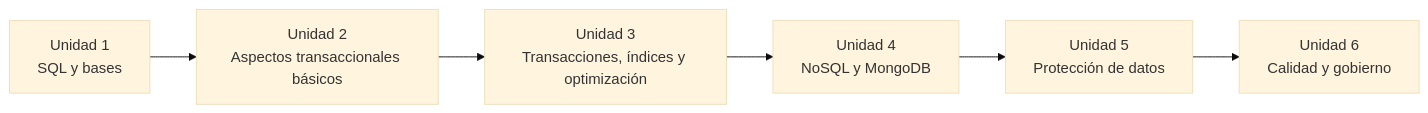
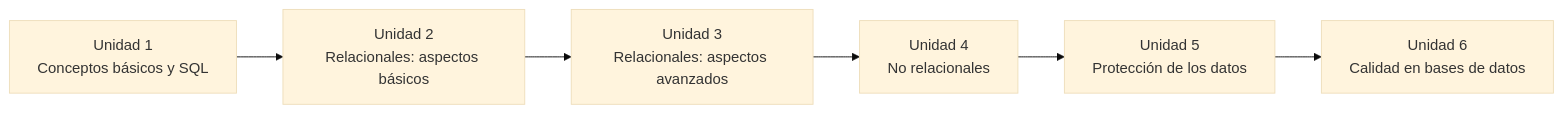
The diagram in src/content/docs/bbdd-aplicadas/index.md (unlam-informatica/unlam-informatica.github.io), drawn with Mermaid (base theme) before and after one commit. The commit also changed other lines of this file and 100 other files, not shown here.

````diff
--- a/src/content/docs/bbdd-aplicadas/index.md
+++ b/src/content/docs/bbdd-aplicadas/index.md
@@ -38,8 +39,8 @@
 ```mermaid
 flowchart LR
-    U1["Unidad 1<br/>SQL y bases"] --> U2["Unidad 2<br/>Aspectos transaccionales básicos"]
-    U2 --> U3["Unidad 3<br/>Transacciones, índices y optimización"]
-    U3 --> U4["Unidad 4<br/>NoSQL y MongoDB"]
-    U4 --> U5["Unidad 5<br/>Protección de datos"]
-    U5 --> U6["Unidad 6<br/>Calidad y gobierno"]
+    U1["Unidad 1<br/>Conceptos básicos y SQL"] --> U2["Unidad 2<br/>Relacionales: aspectos básicos"]
+    U2 --> U3["Unidad 3<br/>Relacionales: aspectos avanzados"]
+    U3 --> U4["Unidad 4<br/>No relacionales"]
+    U4 --> U5["Unidad 5<br/>Protección de los datos"]
+    U5 --> U6["Unidad 6<br/>Calidad en bases de datos"]
 ```
````
